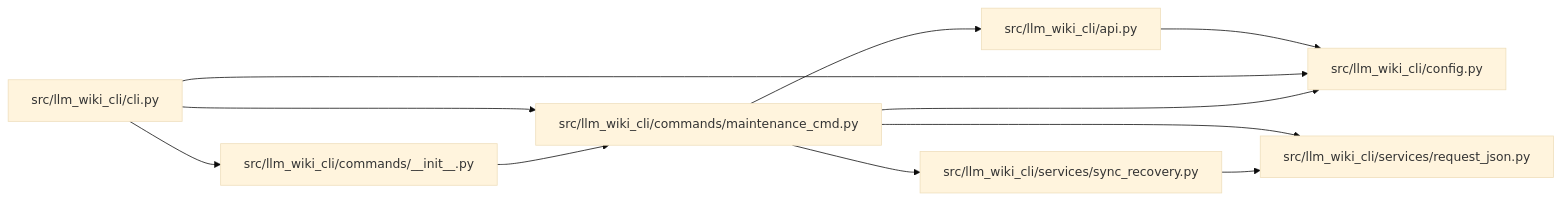
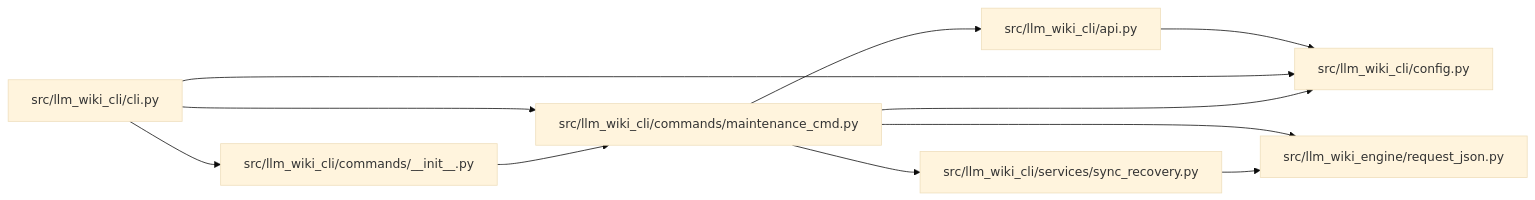
One commit to Denissvgn/python-wiki-llm changed the diagram in docs/llm_wiki/modules/maintenance_cmd.md. Above: the diagram before and after it, drawn with Mermaid (base theme). The commit also changed other lines of this file and 1103 other files, not shown here.

First line of the commit message:
docs: refresh the wiki for the llm-wiki-engine distribution

````diff
--- a/docs/llm_wiki/modules/maintenance_cmd.md
+++ b/docs/llm_wiki/modules/maintenance_cmd.md
@@ -30,27 +30,27 @@
 ```mermaid
 flowchart LR
     n0["src/llm_wiki_cli/api.py"]
     n1["src/llm_wiki_cli/cli.py"]
     n2["src/llm_wiki_cli/commands/__init__.py"]
     n3["src/llm_wiki_cli/commands/maintenance_cmd.py"]
     n4["src/llm_wiki_cli/config.py"]
-    n5["src/llm_wiki_cli/services/request_json.py"]
-    n6["src/llm_wiki_cli/services/sync_recovery.py"]
+    n5["src/llm_wiki_cli/services/sync_recovery.py"]
+    n6["src/llm_wiki_engine/request_json.py"]
     n0 --> n4
     n1 --> n2
     n1 --> n3
     n1 --> n4
     n2 --> n3
     n3 --> n0
     n3 --> n4
     n3 --> n5
     n3 --> n6
-    n6 --> n5
+    n5 --> n6
     click n0 "../modules/api.md"
     click n1 "../modules/cli.md"
     click n2 "../modules/commands___init__.md"
     click n3 "../modules/maintenance_cmd.md"
     click n4 "../modules/config.md"
-    click n5 "../modules/request_json.md"
-    click n6 "../modules/sync_recovery.md"
+    click n5 "../modules/sync_recovery.md"
+    click n6 "../modules/request_json.md"
 ```
````
